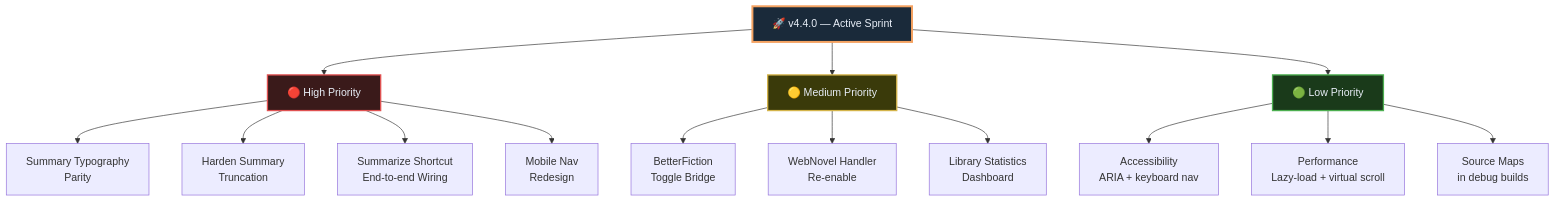
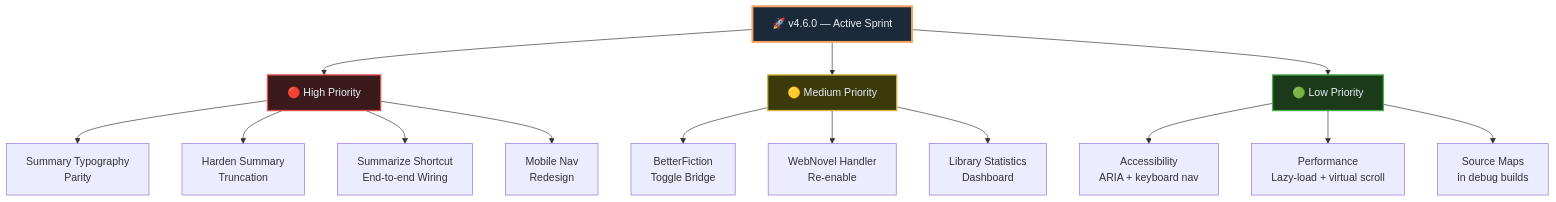
Before and after one commit to Life-Experimentalist/RanobeGemini: the diagram in docs/development/TODO.md, drawn with Mermaid. The commit also changed other lines of this file and 41 other files, not shown here.

````diff
--- a/docs/development/TODO.md
+++ b/docs/development/TODO.md
@@ -42,26 +42,26 @@
 ```mermaid
 graph TB
-    Sprint["🚀 v4.4.0 — Active Sprint"]
+    Sprint["🚀 v4.6.0 — Active Sprint"]
 
     Sprint --> High["🔴 High Priority"]
     Sprint --> Medium["🟡 Medium Priority"]
     Sprint --> Low["🟢 Low Priority"]
 
     High --> H1["Summary Typography\nParity"]
     High --> H2["Harden Summary\nTruncation"]
     High --> H3["Summarize Shortcut\nEnd-to-end Wiring"]
     High --> H4["Mobile Nav\nRedesign"]
 
     Medium --> M1["BetterFiction\nToggle Bridge"]
     Medium --> M2["WebNovel Handler\nRe-enable"]
     Medium --> M3["Library Statistics\nDashboard"]
 
     Low --> L1["Accessibility\nARIA + keyboard nav"]
     Low --> L2["Performance\nLazy-load + virtual scroll"]
     Low --> L3["Source Maps\nin debug builds"]
 
     style Sprint fill:#1a2a3a,stroke:#f4a261,stroke-width:3px,color:#e8eef7
     style High fill:#3a1a1a,stroke:#e05252,stroke-width:2px,color:#e8eef7
     style Medium fill:#3a3a0a,stroke:#d4b44a,stroke-width:2px,color:#e8eef7
     style Low fill:#1a3a1a,stroke:#4caf50,stroke-width:2px,color:#e8eef7
 ```
````
